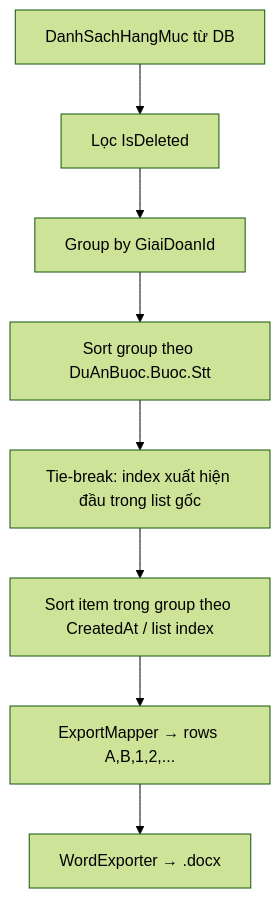
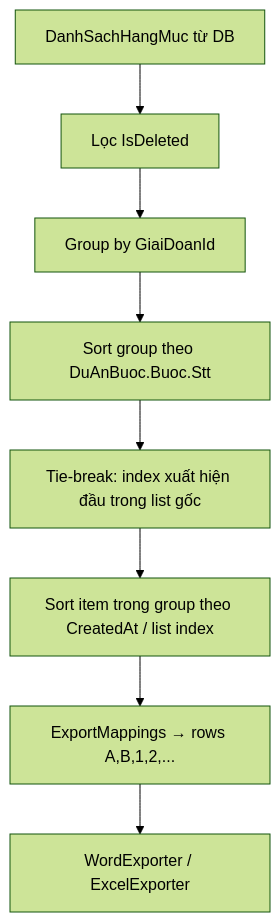
Before and after one commit to thinlam/Quan_Ly_Du_An: the second of 2 diagrams in docs/issues/phieu-trinh-ke-hoach-print-duan-order/report.md, drawn with Mermaid (forest theme). The commit also changed other lines of this file and 10 other files, not shown here.

First line of the commit message:
refactor(ke-hoach): consolidate export mappings and inline import don vi scope

````diff
--- a/docs/issues/phieu-trinh-ke-hoach-print-duan-order/report.md
+++ b/docs/issues/phieu-trinh-ke-hoach-print-duan-order/report.md
@@ -943,10 +967,10 @@
 ```mermaid
 flowchart TD
     A[DanhSachHangMuc từ DB] --> B[Lọc IsDeleted]
     B --> C[Group by GiaiDoanId]
     C --> D[Sort group theo DuAnBuoc.Buoc.Stt]
     D --> E[Tie-break: index xuất hiện đầu trong list gốc]
     E --> F[Sort item trong group theo CreatedAt / list index]
-    F --> G[ExportMapper → rows A,B,1,2,...]
-    G --> H[WordExporter → .docx]
+    F --> G[ExportMappings → rows A,B,1,2,...]
+    G --> H[WordExporter / ExcelExporter]
 ```
````
